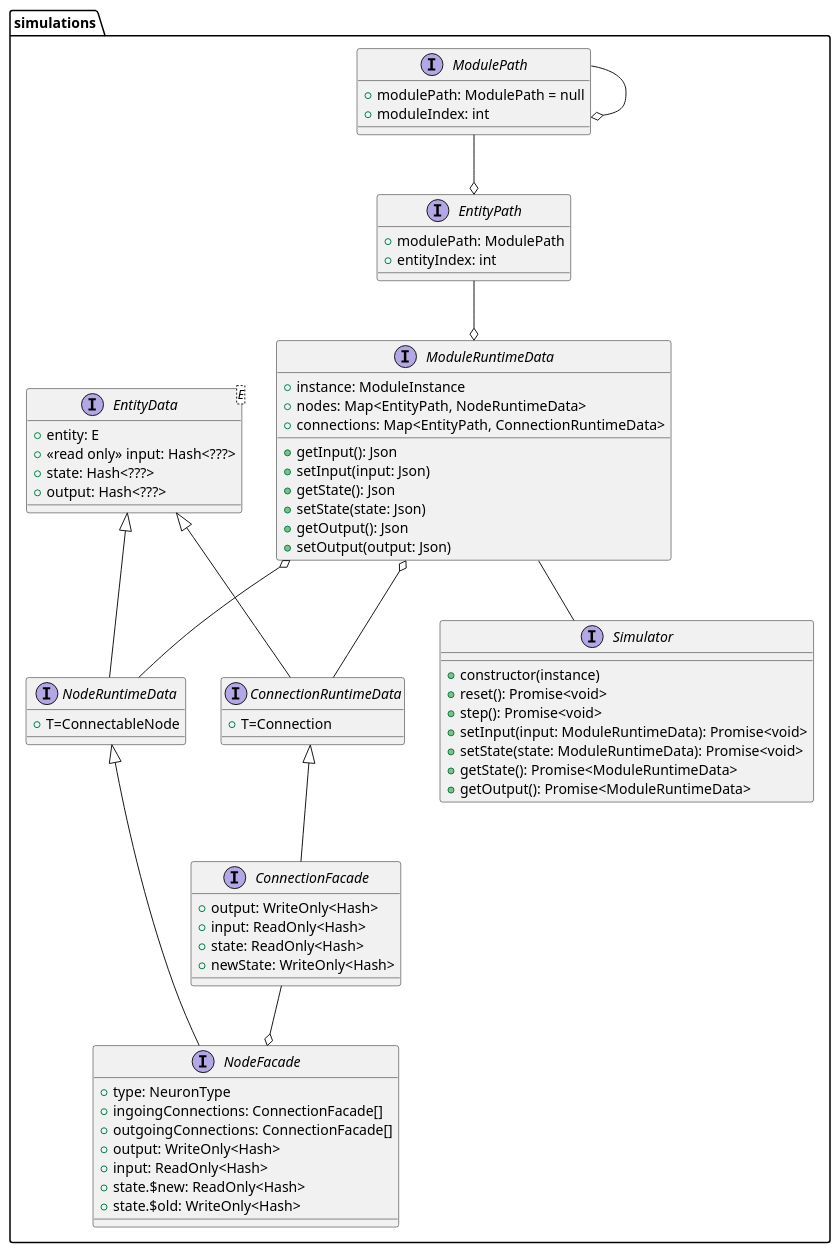
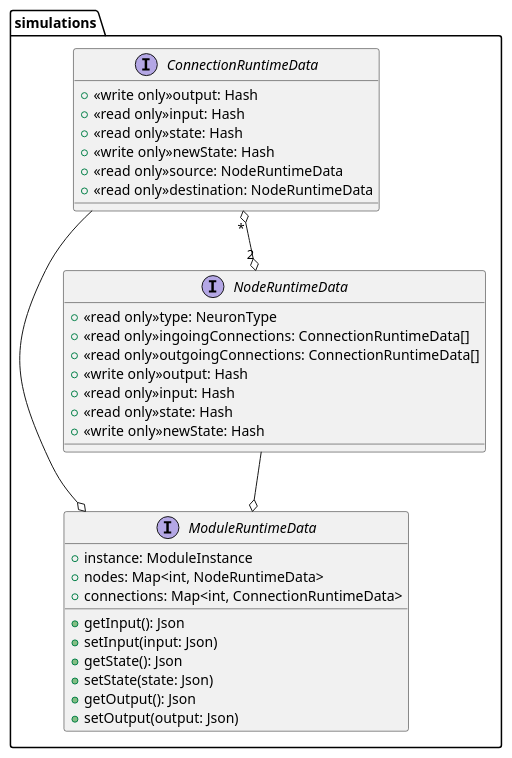
The diagram in uml/rev-2-simulations.puml (Lotes/blueprint), drawn with PlantUML before and after one commit. The commit also changed 10 other files, not shown here.

```diff
--- a/uml/rev-2-simulations.puml
+++ b/uml/rev-2-simulations.puml
@@ -1,79 +1,36 @@
 package simulations {
-  interface Simulator {
-    +constructor(instance)
-    +reset(): Promise<void>
-    +step(): Promise<void>
-    +setInput(input: ModuleRuntimeData): Promise<void>
-    +setState(state: ModuleRuntimeData): Promise<void>
-    +getState(): Promise<ModuleRuntimeData>
-    +getOutput(): Promise<ModuleRuntimeData>
-  }
-
   interface ModuleRuntimeData {
     +instance: ModuleInstance
-    +nodes: Map<EntityPath, NodeRuntimeData>
-    +connections: Map<EntityPath, ConnectionRuntimeData>
+    +nodes: Map<int, NodeRuntimeData>
+    +connections: Map<int, ConnectionRuntimeData>
     +getInput(): Json
     +setInput(input: Json)
     +getState(): Json
     +setState(state: Json)
     +getOutput(): Json
     +setOutput(output: Json)
   }
 
-  interface ModulePath {
-    +modulePath: ModulePath = null
-    +moduleIndex: int
-  }
-
-  interface EntityPath {
-    +modulePath: ModulePath
-    +entityIndex: int
-  }
-
-  ModulePath --o ModulePath
-  ModulePath --o EntityPath
-  EntityPath --o ModuleRuntimeData
-  ModuleRuntimeData -- Simulator
-
-  interface EntityData<E> {
-    +entity: E
-    +<<read only>> input: Hash<???>
-    +state: Hash<???>
-    +output: Hash<???>
-  }
-
   interface NodeRuntimeData {
-    +T=ConnectableNode
+    +<<read only>>type: NeuronType
+    +<<read only>>ingoingConnections: ConnectionRuntimeData[]
+    +<<read only>>outgoingConnections: ConnectionRuntimeData[]
+    +<<write only>>output: Hash
+    +<<read only>>input: Hash
+    +<<read only>>state: Hash
+    +<<write only>>newState: Hash
   }
 
   interface ConnectionRuntimeData {
-    +T=Connection
+    +<<write only>>output: Hash
+    +<<read only>>input: Hash
+    +<<read only>>state: Hash
+    +<<write only>>newState: Hash
+    +<<read only>>source: NodeRuntimeData
+    +<<read only>>destination: NodeRuntimeData
   }
+  ConnectionRuntimeData "*" o--o "2" NodeRuntimeData
 
-  EntityData <|-- NodeRuntimeData
-  EntityData <|-- ConnectionRuntimeData
-
-  ModuleRuntimeData o-- NodeRuntimeData
-  ModuleRuntimeData o-- ConnectionRuntimeData
-
-  interface NodeFacade {
-    +type: NeuronType
-    +ingoingConnections: ConnectionFacade[]
-    +outgoingConnections: ConnectionFacade[]
-    +output: WriteOnly<Hash>
-    +input: ReadOnly<Hash>
-    +state.$new: ReadOnly<Hash>
-    +state.$old: WriteOnly<Hash>
-  }
-  NodeRuntimeData <|-- NodeFacade
-
-  interface ConnectionFacade {
-    +output: WriteOnly<Hash>
-    +input: ReadOnly<Hash>
-    +state: ReadOnly<Hash>
-    +newState: WriteOnly<Hash>
-  }
-  ConnectionRuntimeData <|-- ConnectionFacade
-  ConnectionFacade --o NodeFacade
+  NodeRuntimeData --o ModuleRuntimeData
+  ConnectionRuntimeData --o ModuleRuntimeData
 }
```
